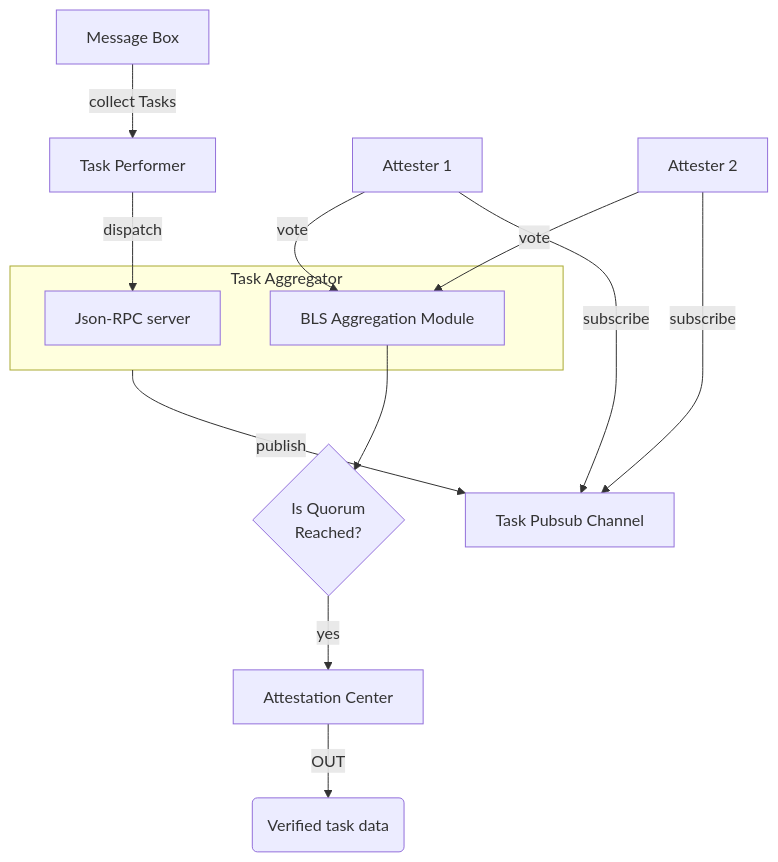
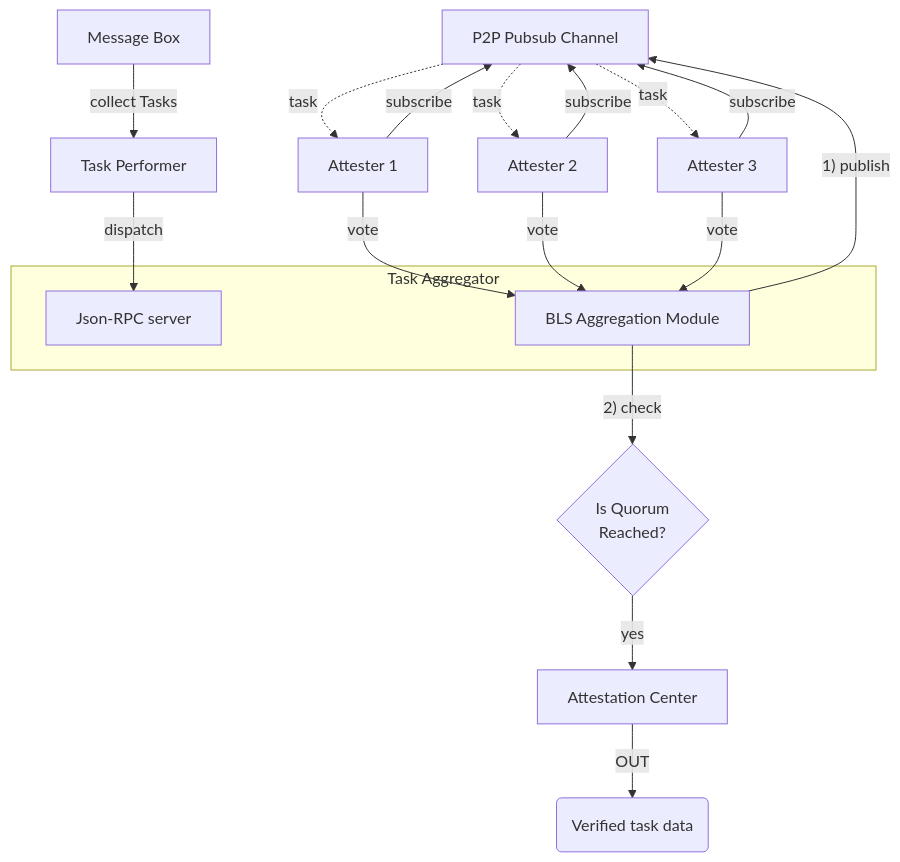
One commit to Skate-Org/docs changed the diagram in main/architecture/avs.mdx. Above: the diagram before and after it, drawn with Mermaid. The commit also changed 3 other files, not shown here.

````diff
--- a/main/architecture/avs.mdx
+++ b/main/architecture/avs.mdx
@@ -39,36 +39,44 @@
 ```mermaid
   flowchart 
     MB[Message Box]
     performer[Task Performer]
-    p2p[Task Pubsub Channel]
+    p2p[P2P Pubsub Channel]
     jsonRPC[Json-RPC server]
     blsAggregator[BLS Aggregation Module]
 
 
     MB -- "collect Tasks" --> performer
 
     subgraph aggregator[Task Aggregator]
       jsonRPC
       blsAggregator
     end
 
     performer -- "dispatch" --> jsonRPC
 
-    aggregator -- "publish" --> p2p
+    blsAggregator -- "1) publish" --> p2p
 
     attester1[Attester 1]
     attester2[Attester 2]
+    attester3[Attester 3]
     
     attester1 -- "subscribe" --> p2p
+    p2p -. "task" .-> attester1
+    
     attester2 -- "subscribe" --> p2p
+    p2p -. "task" .-> attester2
+
+    attester3 -- "subscribe" --> p2p
+    p2p -. "task" .-> attester3
     
     attester1 -- "vote" --> blsAggregator
     attester2 -- "vote" --> blsAggregator
+    attester3 -- "vote" --> blsAggregator
 
     quorumReached{"Is Quorum\n Reached?"}
-    blsAggregator --> quorumReached
+    blsAggregator -- "2) check" --> quorumReached
 
     quorumReached -- "yes" --> AC[Attestation Center]
 
     AC -- "OUT" --> data(Verified task data)
 ```
````
